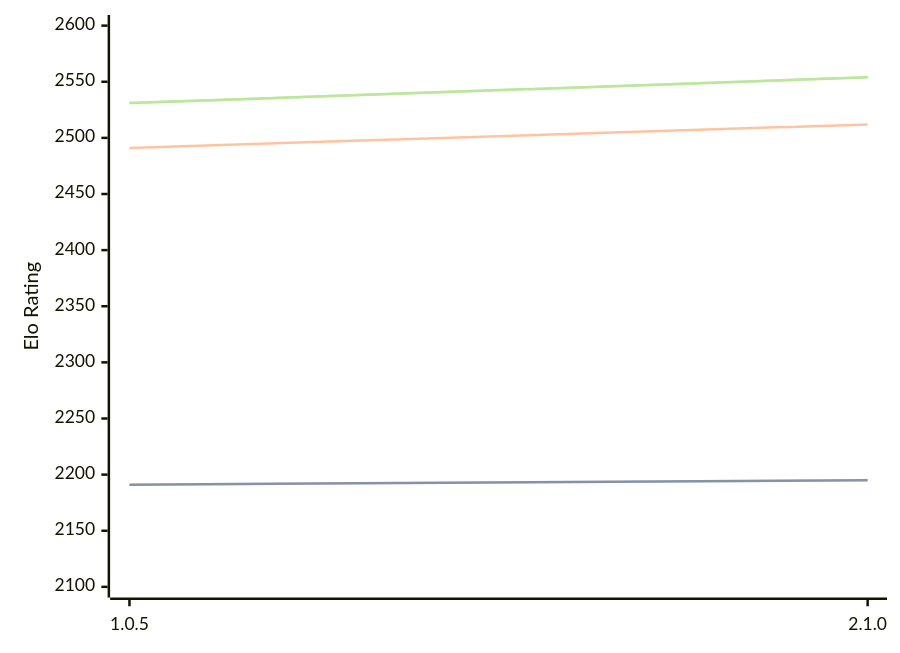
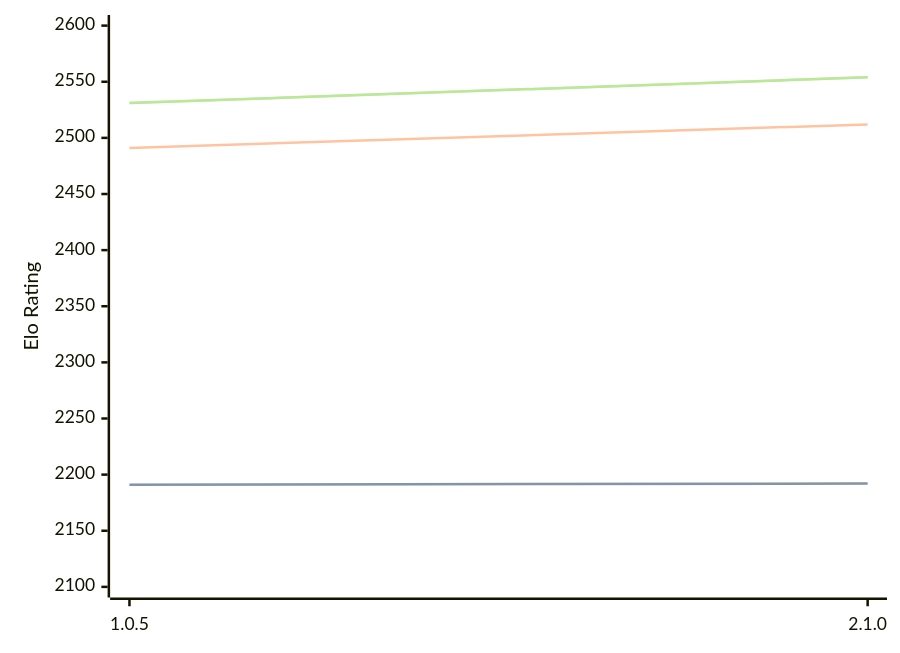
The diagram in engines/Ruffian.md (computer-chess-index/cci), drawn with Mermaid before and after one commit. The commit also changed other lines of this file, not shown here.

Commit message:
Update CCI Ratings (ELO VLTC) - 2026-02-21

````diff
--- a/engines/Ruffian.md
+++ b/engines/Ruffian.md
@@ -29,11 +29,11 @@
 ```mermaid
 %%{init: {"theme":"base","themeVariables":{"seriesColors:['#a3a3a3','#222221','#faa371']}}}%%
 xychart-beta
   x-axis ["1.0.5", "2.1.0"]
   y-axis "Elo Rating" 2100 --> 2600
-  line "STC (8.0+0.08s)" [2191, 2195]
-  line "STC (8.0+0.08s)" [2191, 2195]
+  line "STC (8.0+0.08s)" [2191, 2192]
+  line "STC (8.0+0.08s)" [2191, 2192]
   line "LTC (60.0+0.60s)" [2491, 2512]
   line "VLTC (2m24s+1.12s)" [2531, 2554]
   line "VLTC (2m24s+1.12s)" [2531, 2554]
 ```
````
